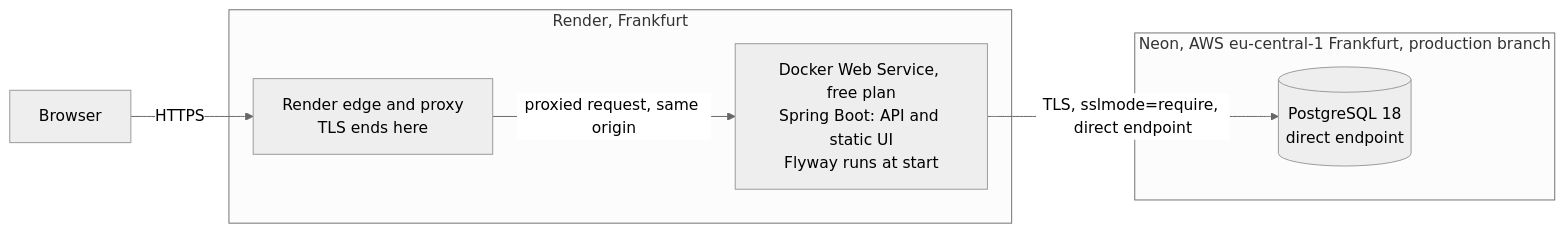
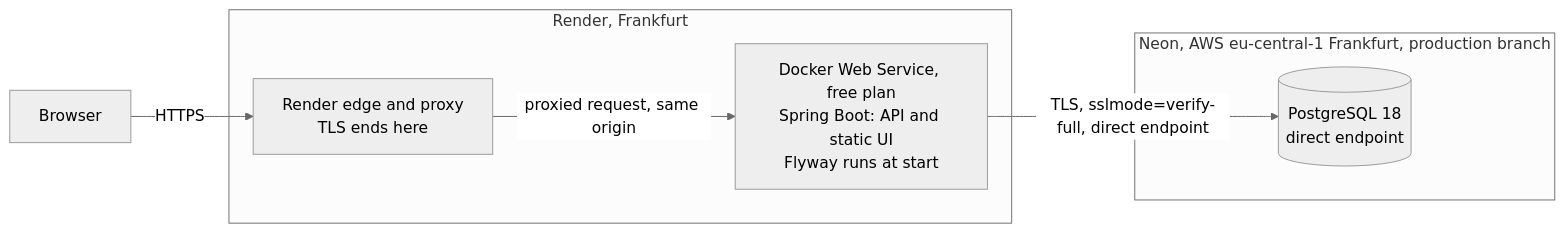
Before and after one commit to rafaelar27/matriz: the third of 4 diagrams in docs/architecture.md, drawn with Mermaid (neutral theme). The commit also changed 7 other files, not shown here.

First line of the commit message:
docs: align docs with the merged Neon connection (PR #19); verify-full TLS

````diff
--- a/docs/architecture.md
+++ b/docs/architecture.md
@@ -426,15 +426,15 @@
 ```mermaid
 flowchart LR
     BRW["Browser"]
     subgraph RND["Render, Frankfurt"]
         EDGE["Render edge and proxy<br/>TLS ends here"]
         WEB["Docker Web Service, free plan<br/>Spring Boot: API and static UI<br/>Flyway runs at start"]
     end
     subgraph NEO["Neon, AWS eu-central-1 Frankfurt, production branch"]
         NPG[("PostgreSQL 18<br/>direct endpoint")]
     end
 
     BRW -->|"HTTPS"| EDGE
     EDGE -->|"proxied request, same origin"| WEB
-    WEB -->|"TLS, sslmode=require, direct endpoint"| NPG
+    WEB -->|"TLS, sslmode=verify-full, direct endpoint"| NPG
 ```
````
